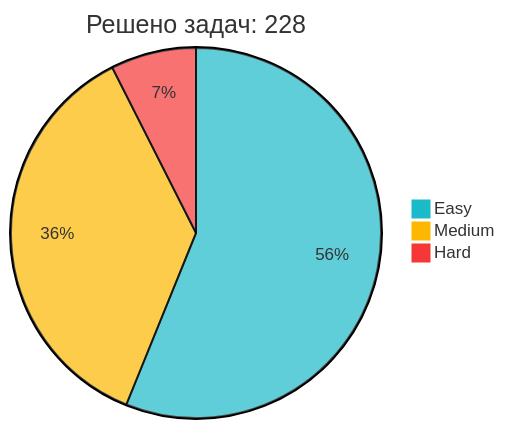
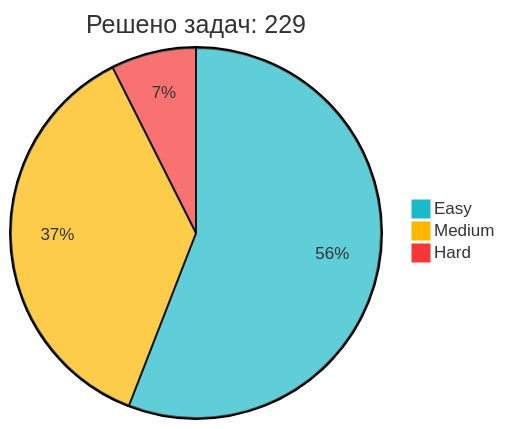
One commit to IliaKurdukov/IliaKurdukov changed the diagram in README.md. Above: the diagram before and after it, drawn with Mermaid. The commit also changed other lines of this file, not shown here.

Commit message:
📈 Обновление статистики LeetCode

````diff
--- a/README.md
+++ b/README.md
@@ -51,7 +51,7 @@
 ```mermaid
 %%{init: {'theme': 'base', 'themeVariables': { 'pie1': '#1CBAC8', 'pie2': '#FEB700', 'pie3': '#F63737' }, 'config': {'width': 300, 'height': 200}}}%%
-pie title Решено задач: 228
+pie title Решено задач: 229
    "Easy" : 128
-   "Medium" : 83
+   "Medium" : 84
    "Hard" : 17
 ```
````
